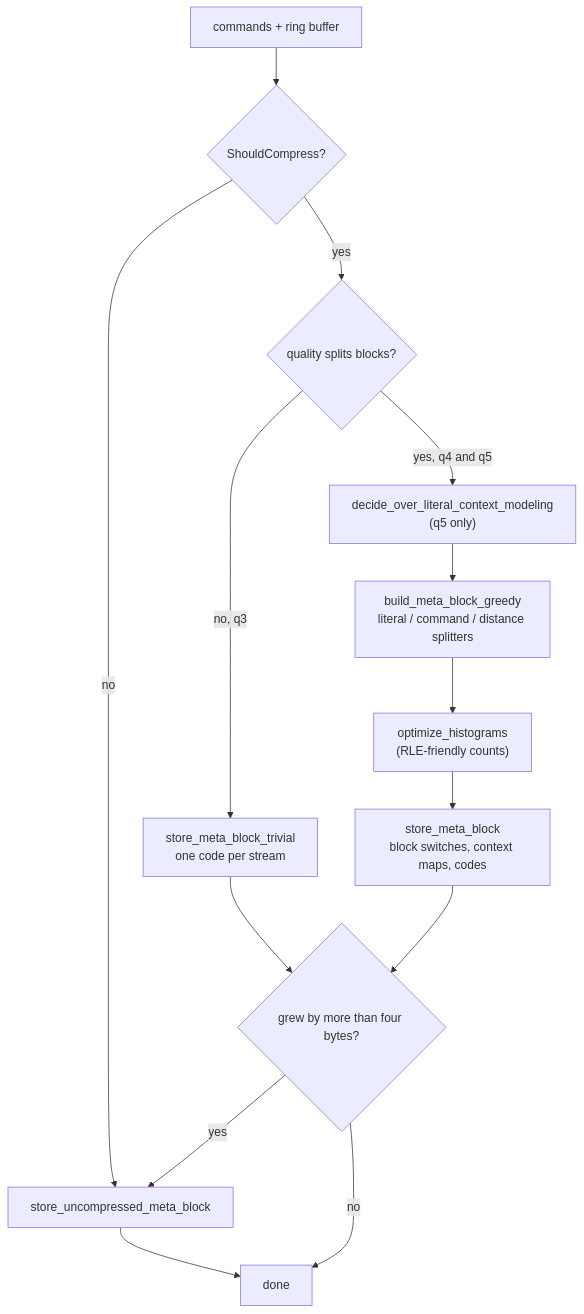
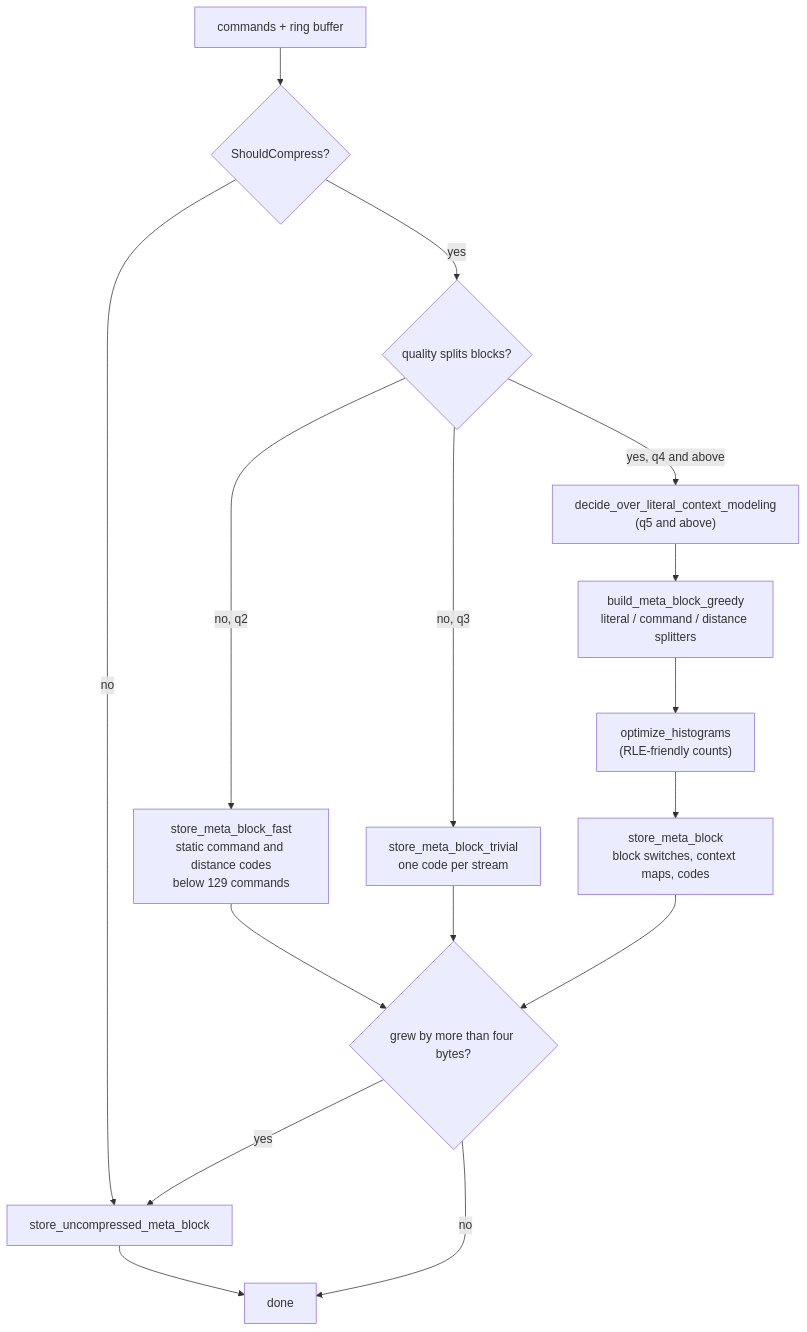
Before and after one commit to Mnwa/mbrotli: the fifth of 9 diagrams in architecture/greedy-encoder.md, drawn with Mermaid. The commit also changed other lines of this file and 59 other files, not shown here.

````diff
--- a/architecture/greedy-encoder.md
+++ b/architecture/greedy-encoder.md
@@ -292,16 +362,18 @@
 ```mermaid
 flowchart TD
     cmds["commands + ring buffer"] --> should{"ShouldCompress?"}
     should -->|no| raw["store_uncompressed_meta_block"]
     should -->|yes| q{"quality splits blocks?"}
-    q -->|no, q3| trivial["store_meta_block_trivial<br/>one code per stream"]
-    q -->|yes, q4 and q5| ctx["decide_over_literal_context_modeling<br/>(q5 only)"]
+    q -->|"no, q2"| fastst["store_meta_block_fast<br/>static command and distance codes<br/>below 129 commands"]
+    q -->|"no, q3"| trivial["store_meta_block_trivial<br/>one code per stream"]
+    q -->|"yes, q4 and above"| ctx["decide_over_literal_context_modeling<br/>(q5 and above)"]
     ctx --> build["build_meta_block_greedy<br/>literal / command / distance splitters"]
     build --> opt["optimize_histograms<br/>(RLE-friendly counts)"]
     opt --> store["store_meta_block<br/>block switches, context maps, codes"]
-    trivial --> grew{"grew by more than four bytes?"}
+    fastst --> grew{"grew by more than four bytes?"}
+    trivial --> grew
     store --> grew
     grew -->|yes| raw
     grew -->|no| done["done"]
     raw --> done
 ```
````
